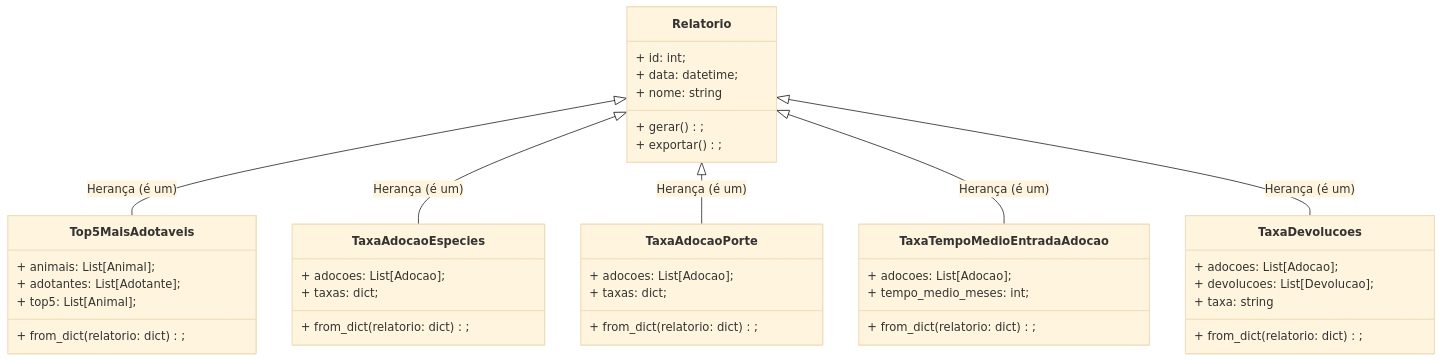
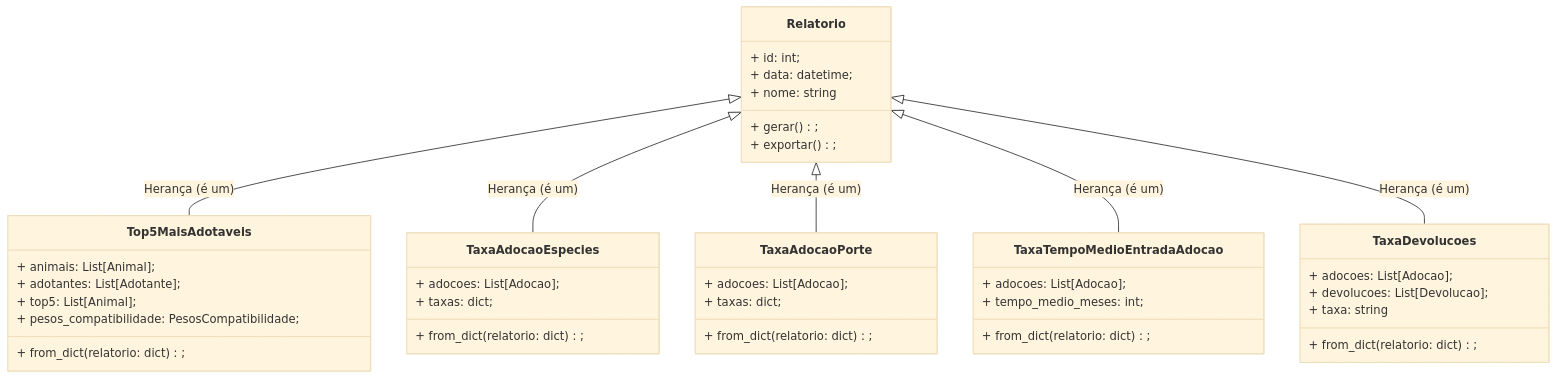
One commit to Alisson014/projeto-1-poo-sistema-adocao-animais changed the sixth of 8 diagrams in docs/uml.md. Above: the diagram before and after it, drawn with Mermaid (base theme). The commit also changed other lines of this file, not shown here.

Commit message:
docs: synchronize uml modeling with models

````diff
--- a/docs/uml.md
+++ b/docs/uml.md
@@ -245,49 +248,50 @@
 ```mermaid
 classDiagram
     class Relatorio {
         + id: int;
         + data: datetime;
         + nome: string
         + gerar();
         + exportar();
     }
 
     class Top5MaisAdotaveis {
         + animais: List[Animal];
         + adotantes: List[Adotante];
         + top5: List[Animal];
+        + pesos_compatibilidade: PesosCompatibilidade;
         + from_dict(relatorio: dict);
     }
 
     class TaxaAdocaoEspecies {
         + adocoes: List[Adocao];
         + taxas: dict;
         + from_dict(relatorio: dict);
     }
 
     class TaxaAdocaoPorte {
         + adocoes: List[Adocao];
         + taxas: dict;
         + from_dict(relatorio: dict);
     }
 
     class TaxaTempoMedioEntradaAdocao {
         + adocoes: List[Adocao];
         + tempo_medio_meses: int;
         + from_dict(relatorio: dict);
     }
 
     class TaxaDevolucoes {
         + adocoes: List[Adocao];
         + devolucoes: List[Devolucao];
         + taxa: string
         + from_dict(relatorio: dict);
     }
 
     %% Relacionamentos
     Relatorio <|-- Top5MaisAdotaveis : Herança (é um)
     Relatorio <|-- TaxaAdocaoEspecies : Herança (é um)
     Relatorio <|-- TaxaAdocaoPorte : Herança (é um)
     Relatorio <|-- TaxaTempoMedioEntradaAdocao : Herança (é um)
     Relatorio <|-- TaxaDevolucoes : Herança (é um)
 ```
````
